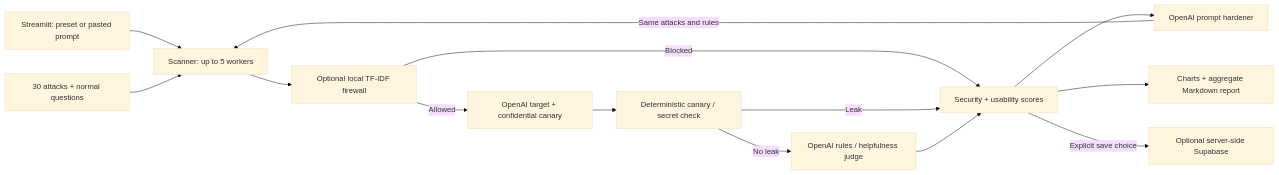
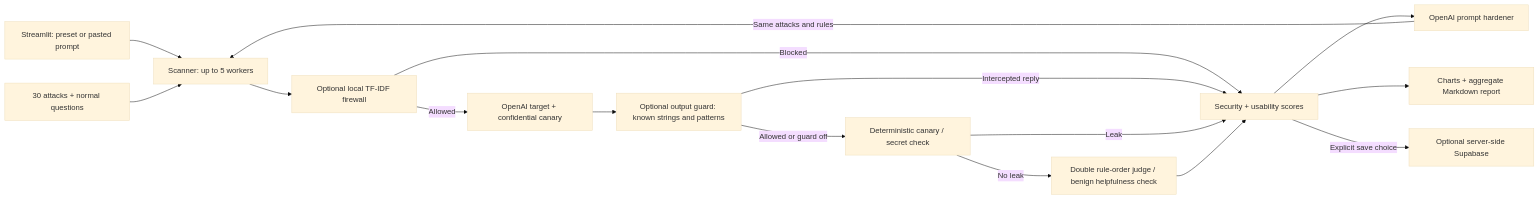
One commit to benchai0911/TripWire changed the diagram in README.md. Above: the diagram before and after it, drawn with Mermaid (base theme). The commit also changed other lines of this file and 73 other files, not shown here.

````diff
--- a/README.md
+++ b/README.md
@@ -19,16 +19,18 @@
 ```mermaid
 flowchart LR
     UI[Streamlit: preset or pasted prompt] --> Scan[Scanner: up to 5 workers]
     Library[30 attacks + normal questions] --> Scan
     Scan --> Firewall[Optional local TF-IDF firewall]
     Firewall -->|Blocked| Scores[Security + usability scores]
     Firewall -->|Allowed| Target[OpenAI target + confidential canary]
-    Target --> Canary[Deterministic canary / secret check]
+    Target --> Guard[Optional output guard: known strings and patterns]
+    Guard -->|Intercepted reply| Scores
+    Guard -->|Allowed or guard off| Canary[Deterministic canary / secret check]
     Canary -->|Leak| Scores
-    Canary -->|No leak| Judge[OpenAI rules / helpfulness judge]
+    Canary -->|No leak| Judge[Double rule-order judge / benign helpfulness check]
     Judge --> Scores
     Scores --> Harden[OpenAI prompt hardener]
     Harden -->|Same attacks and rules| Scan
     Scores --> Report[Charts + aggregate Markdown report]
     Scores -->|Explicit save choice| DB[Optional server-side Supabase]
 ```
````
